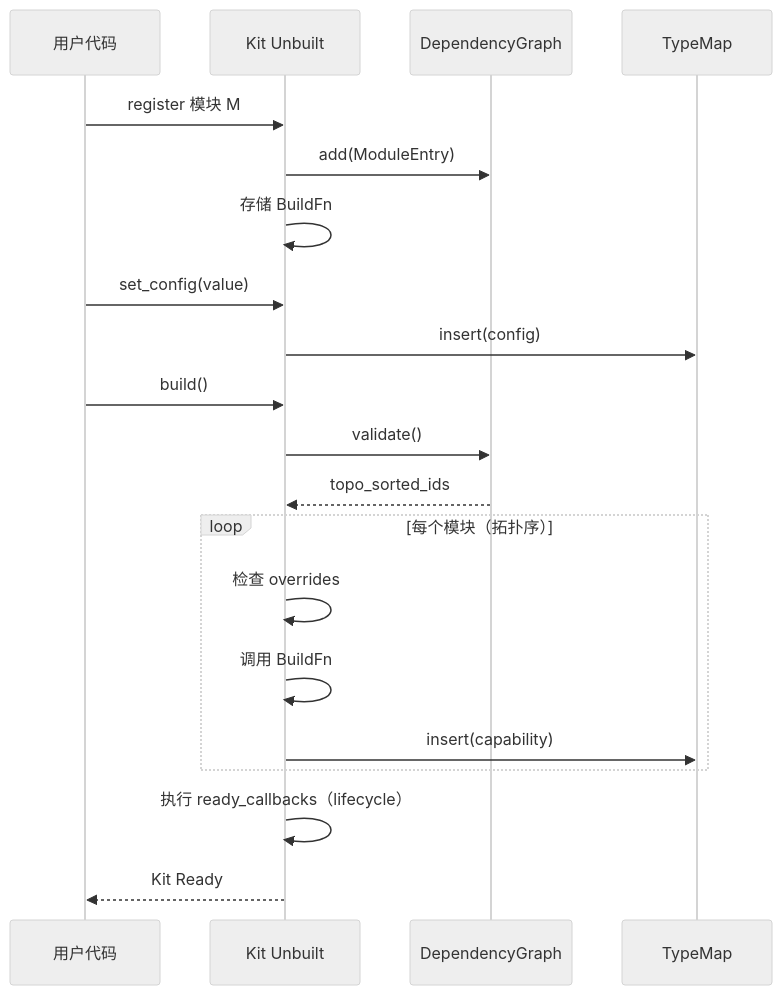
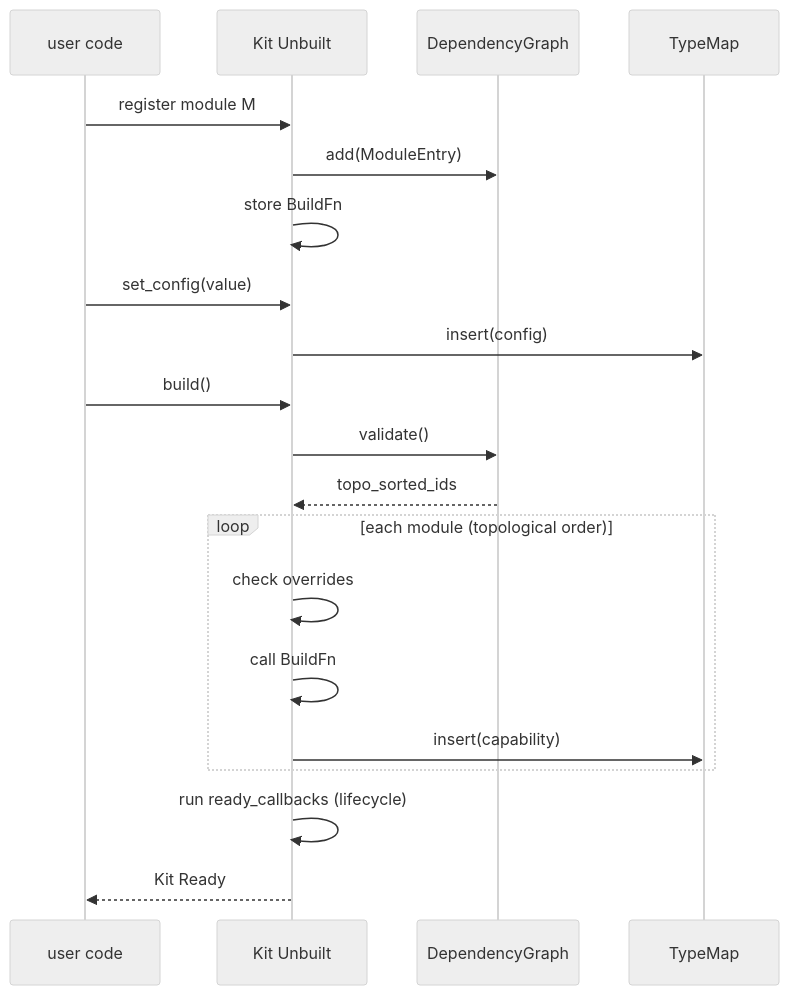
The fifth of 6 diagrams in docs/en/ARCHITECTURE.md (Kirky-X/trait-kit), drawn with Mermaid (neutral theme) before and after one commit. The commit also changed other lines of this file and 10 other files, not shown here.

````diff
--- a/docs/en/ARCHITECTURE.md
+++ b/docs/en/ARCHITECTURE.md
@@ -191,27 +191,27 @@
 ```mermaid
 sequenceDiagram
-    participant User as 用户代码
+    participant User as user code
     participant Kit as Kit Unbuilt
     participant Graph as DependencyGraph
     participant TypeMap as TypeMap
 
-    User->>Kit: register 模块 M
+    User->>Kit: register module M
     Kit->>Graph: add(ModuleEntry)
-    Kit->>Kit: 存储 BuildFn
+    Kit->>Kit: store BuildFn
 
     User->>Kit: set_config(value)
     Kit->>TypeMap: insert(config)
 
     User->>Kit: build()
     Kit->>Graph: validate()
     Graph-->>Kit: topo_sorted_ids
 
-    loop 每个模块（拓扑序）
-        Kit->>Kit: 检查 overrides
-        Kit->>Kit: 调用 BuildFn
+    loop each module (topological order)
+        Kit->>Kit: check overrides
+        Kit->>Kit: call BuildFn
         Kit->>TypeMap: insert(capability)
     end
 
-    Kit->>Kit: 执行 ready_callbacks（lifecycle）
+    Kit->>Kit: run ready_callbacks (lifecycle)
     Kit-->>User: Kit Ready
 ```
````
